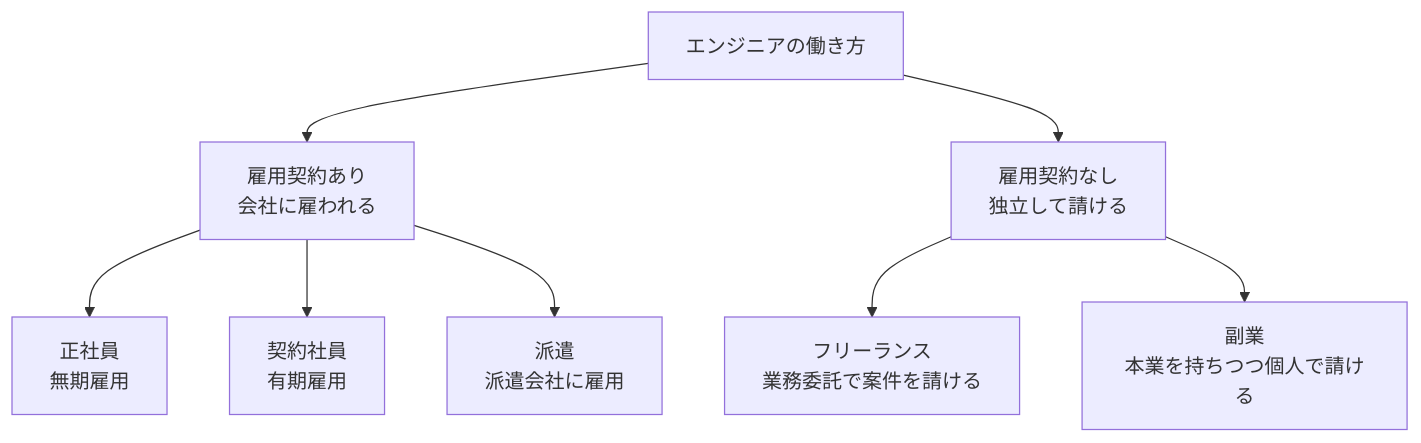
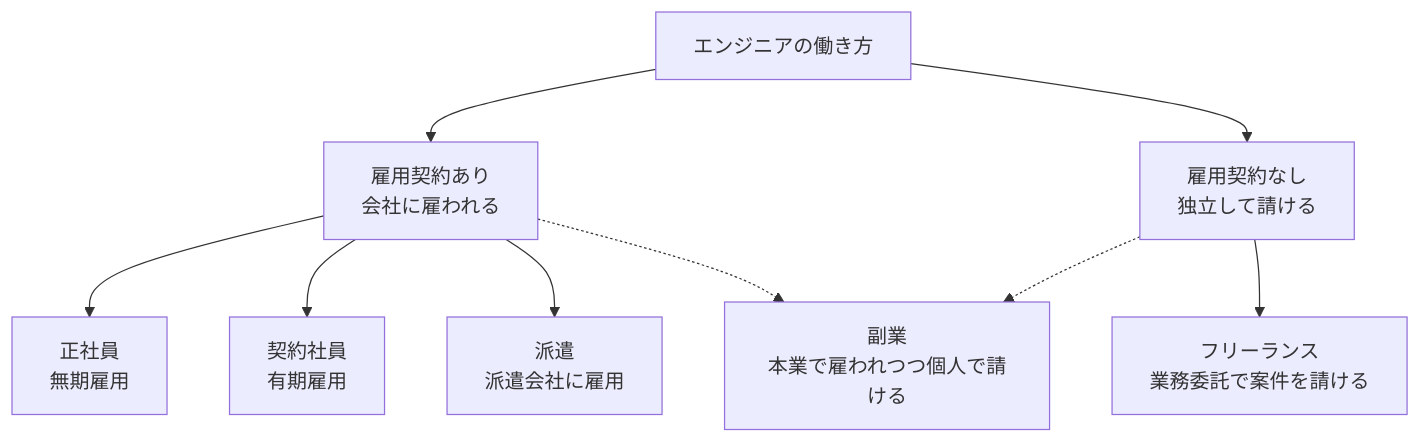
One commit to RikiFukushima/textbook-gen changed the diagram in textbooks/engineer-career/curriculums/freelance-vs-employee/chapters/01/sections/02-work-style-map.md. Above: the diagram before and after it, drawn with Mermaid. The commit also changed 299 other files, not shown here.

````diff
--- a/textbooks/engineer-career/curriculums/freelance-vs-employee/chapters/01/sections/02-work-style-map.md
+++ b/textbooks/engineer-career/curriculums/freelance-vs-employee/chapters/01/sections/02-work-style-map.md
@@ -39,10 +39,11 @@
 ```mermaid
 graph TD
     A[エンジニアの働き方] --> B[雇用契約あり<br/>会社に雇われる]
     A --> C[雇用契約なし<br/>独立して請ける]
     B --> B1[正社員<br/>無期雇用]
     B --> B2[契約社員<br/>有期雇用]
     B --> B3[派遣<br/>派遣会社に雇用]
     C --> C1[フリーランス<br/>業務委託で案件を請ける]
-    C --> C2[副業<br/>本業を持ちつつ個人で請ける]
+    B -.-> C2[副業<br/>本業で雇われつつ個人で請ける]
+    C -.-> C2
 ```
````
